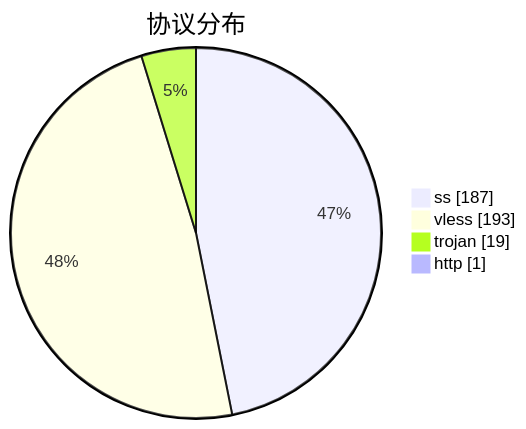
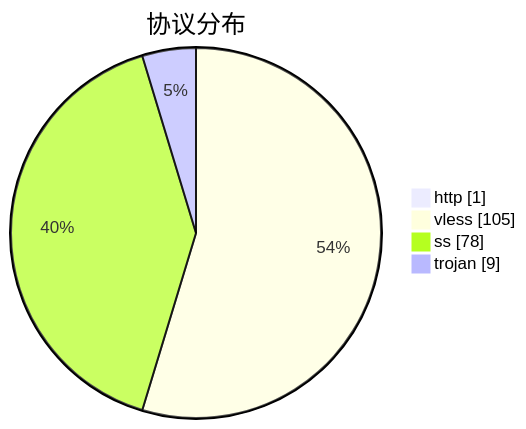
Before and after one commit to qjlxg/airport: the third of 3 diagrams in subs/statistics/tested_within.md, drawn with Mermaid. The commit also changed other lines of this file and 2 other files, not shown here.

````diff
--- a/subs/statistics/tested_within.md
+++ b/subs/statistics/tested_within.md
@@ -19,8 +20,8 @@
 ```mermaid
 pie showData
 title 协议分布
-"ss" : 187
-"vless" : 193
-"trojan" : 19
 "http" : 1
+"vless" : 105
+"ss" : 78
+"trojan" : 9
 ```
````
